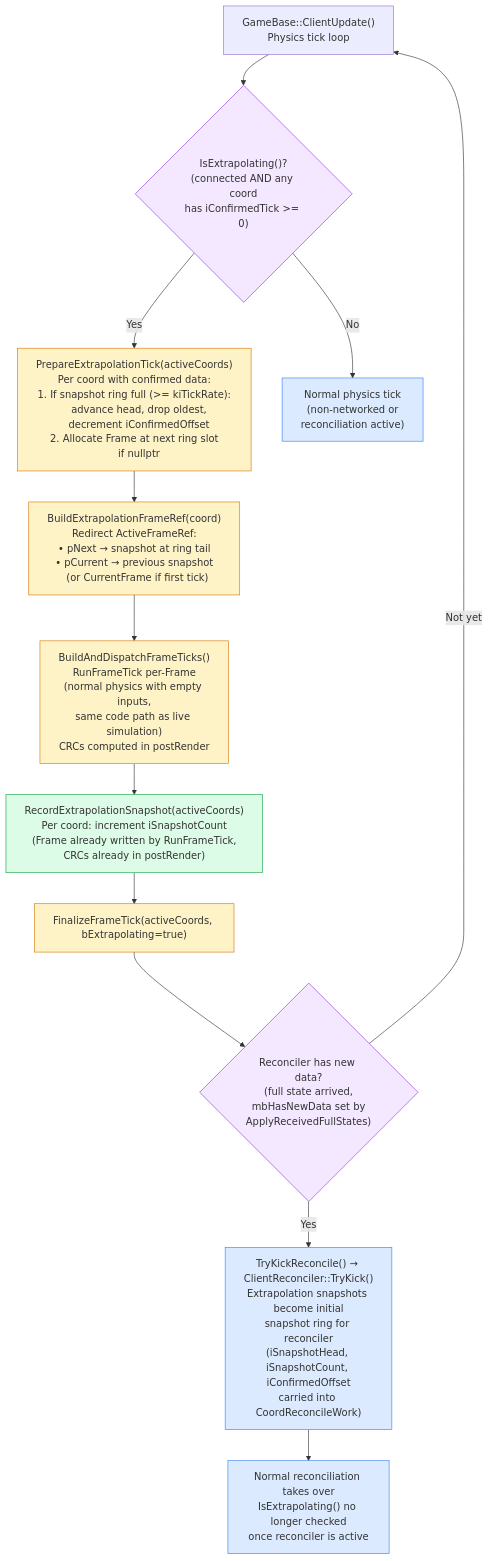
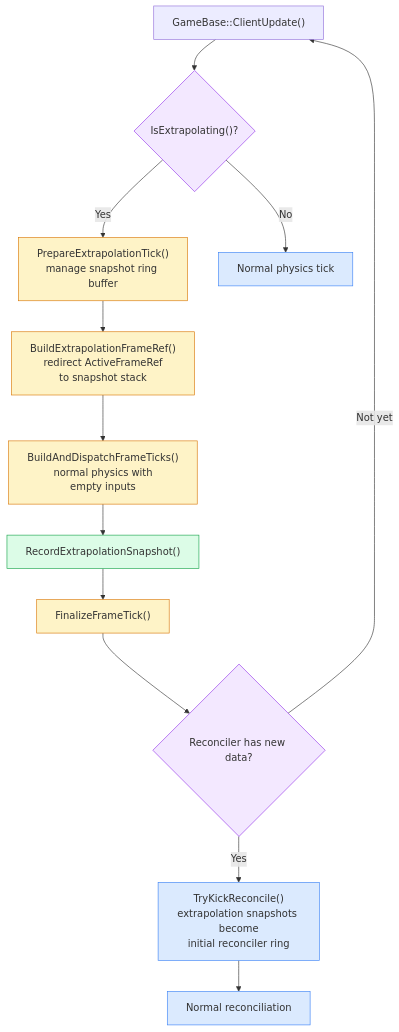
Before and after one commit to DougTanner/BrokenEnginePublic: the third of 6 diagrams in Documents/Architecture/GameReconciliation.md, drawn with Mermaid. The commit also changed other lines of this file and 66 other files, not shown here.

````diff
--- a/Documents/Architecture/GameReconciliation.md
+++ b/Documents/Architecture/GameReconciliation.md
@@ -83,35 +84,35 @@
 ```mermaid
 %%{init: {'theme': 'default'}}%%
 flowchart TD
     classDef check fill:#f3e8ff,stroke:#9333ea
     classDef extrapolate fill:#fef3c7,stroke:#d97706
     classDef normal fill:#dbeafe,stroke:#3b82f6
     classDef snapshot fill:#dcfce7,stroke:#16a34a
 
-    START["GameBase::ClientUpdate()<br/>Physics tick loop"]
+    START["GameBase::ClientUpdate()"]
 
-    IS_EXTRAP{"IsExtrapolating()?<br/>(connected AND any coord<br/>has iConfirmedTick >= 0)"}:::check
+    IS_EXTRAP{"IsExtrapolating()?"}:::check
 
-    PREPARE["PrepareExtrapolationTick(activeCoords)<br/>Per coord with confirmed data:<br/>1. If snapshot ring full (>= kiTickRate):<br/>   advance head, drop oldest,<br/>   decrement iConfirmedOffset<br/>2. Allocate Frame at next ring slot<br/>   if nullptr"]:::extrapolate
+    PREPARE["PrepareExtrapolationTick()<br/>manage snapshot ring buffer"]:::extrapolate
 
-    BUILD_REF["BuildExtrapolationFrameRef(coord)<br/>Redirect ActiveFrameRef:<br/>• pNext → snapshot at ring tail<br/>• pCurrent → previous snapshot<br/>  (or CurrentFrame if first tick)"]:::extrapolate
+    BUILD_REF["BuildExtrapolationFrameRef()<br/>redirect ActiveFrameRef<br/>to snapshot stack"]:::extrapolate
 
-    RUN_TICK["BuildAndDispatchFrameTicks()<br/>RunFrameTick per-Frame<br/>(normal physics with empty inputs,<br/>same code path as live simulation)<br/>CRCs computed in postRender"]:::extrapolate
+    RUN_TICK["BuildAndDispatchFrameTicks()<br/>normal physics with<br/>empty inputs"]:::extrapolate
 
-    RECORD["RecordExtrapolationSnapshot(activeCoords)<br/>Per coord: increment iSnapshotCount<br/>(Frame already written by RunFrameTick,<br/>CRCs already in postRender)"]:::snapshot
+    RECORD["RecordExtrapolationSnapshot()"]:::snapshot
 
-    FINALIZE["FinalizeFrameTick(activeCoords, bExtrapolating=true)"]:::extrapolate
+    FINALIZE["FinalizeFrameTick()"]:::extrapolate
 
-    EXIT_CHECK{"Reconciler has new data?<br/>(full state arrived,<br/>mbHasNewData set by<br/>ApplyReceivedFullStates)"}:::check
+    EXIT_CHECK{"Reconciler has new data?"}:::check
 
-    TRANSITION["TryKickReconcile() → ClientReconciler::TryKick()<br/>Extrapolation snapshots become initial<br/>snapshot ring for reconciler<br/>(iSnapshotHead, iSnapshotCount, iConfirmedOffset<br/>carried into CoordReconcileWork)"]:::normal
+    TRANSITION["TryKickReconcile()<br/>extrapolation snapshots become<br/>initial reconciler ring"]:::normal
 
-    NORMAL["Normal reconciliation takes over<br/>IsExtrapolating() no longer checked<br/>once reconciler is active"]:::normal
+    NORMAL["Normal reconciliation"]:::normal
 
     START --> IS_EXTRAP
     IS_EXTRAP -->|"Yes"| PREPARE --> BUILD_REF --> RUN_TICK --> RECORD --> FINALIZE
-    IS_EXTRAP -->|"No"| NORMAL_TICK["Normal physics tick<br/>(non-networked or<br/>reconciliation active)"]:::normal
+    IS_EXTRAP -->|"No"| NORMAL_TICK["Normal physics tick"]:::normal
     FINALIZE --> EXIT_CHECK
     EXIT_CHECK -->|"Not yet"| START
     EXIT_CHECK -->|"Yes"| TRANSITION --> NORMAL
 ```
````
